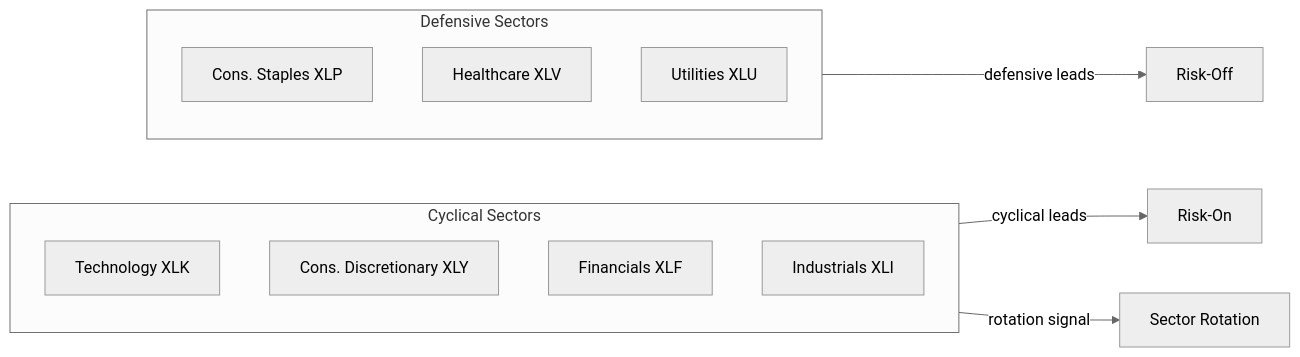
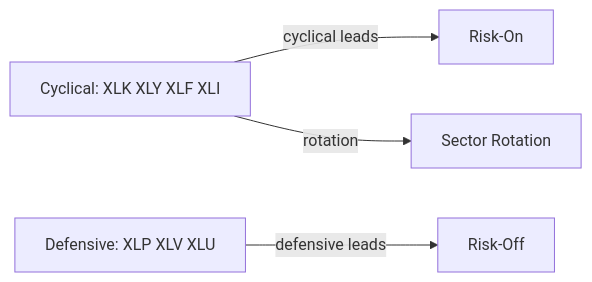
Before and after one commit to Guojc-source/Stock_Monitor: the second of 4 diagrams in README.md, drawn with Mermaid. The commit also changed other lines of this file, not shown here.

Commit message:
style: neutral theme for mermaid diagrams, simplify architecture flowchart

````diff
--- a/README.md
+++ b/README.md
@@ -109,20 +84,6 @@
 ```mermaid
-%%{init: {'theme':'neutral'}}%%
 flowchart LR
-    subgraph cyclical["Cyclical Sectors"]
-        XLK["Technology XLK"]
-        XLY["Cons. Discretionary XLY"]
-        XLF["Financials XLF"]
-        XLI["Industrials XLI"]
-    end
-
-    subgraph defensive["Defensive Sectors"]
-        XLP["Cons. Staples XLP"]
-        XLV["Healthcare XLV"]
-        XLU["Utilities XLU"]
-    end
-
-    cyclical --> |"cyclical leads"| RISK_ON["Risk-On"]
-    defensive --> |"defensive leads"| RISK_OFF["Risk-Off"]
-    cyclical --> |"rotation signal"| ROTATION["Sector Rotation"]
+    CYC["Cyclical: XLK XLY XLF XLI"] --> |"cyclical leads"| ON["Risk-On"]
+    DEF["Defensive: XLP XLV XLU"] --> |"defensive leads"| OFF["Risk-Off"]
+    CYC --> |"rotation"| ROT["Sector Rotation"]
 ```
````
